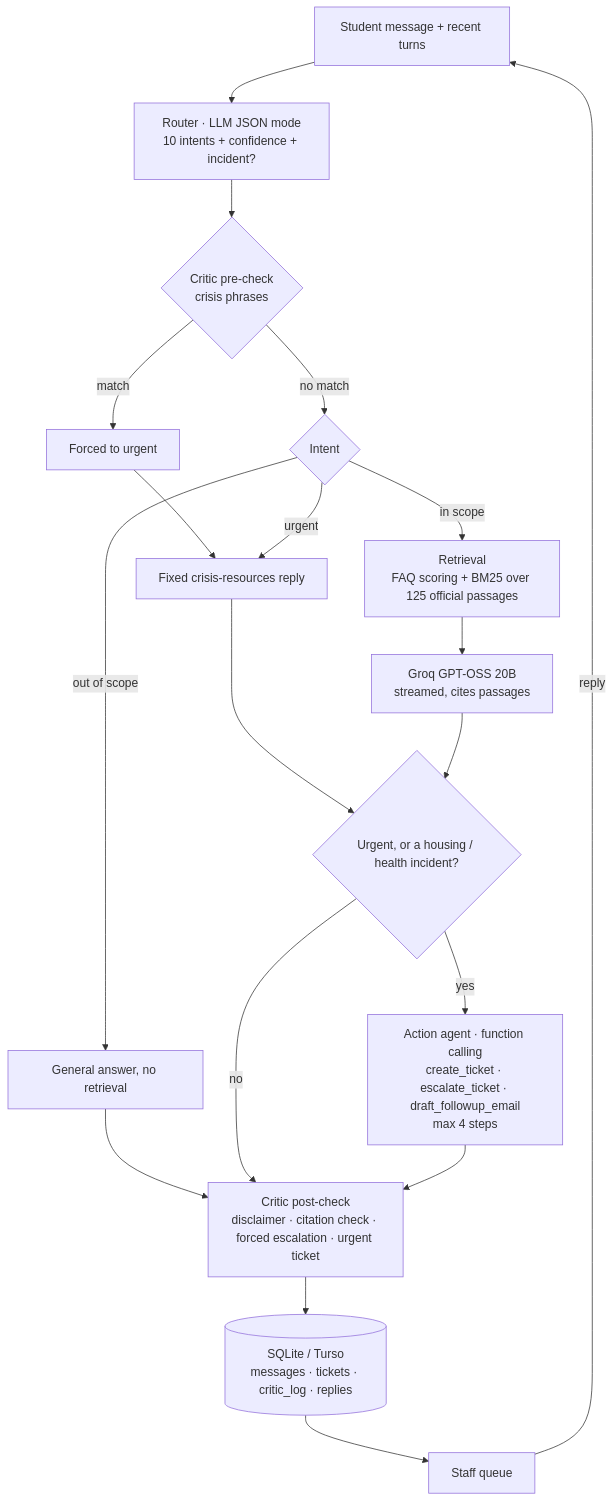
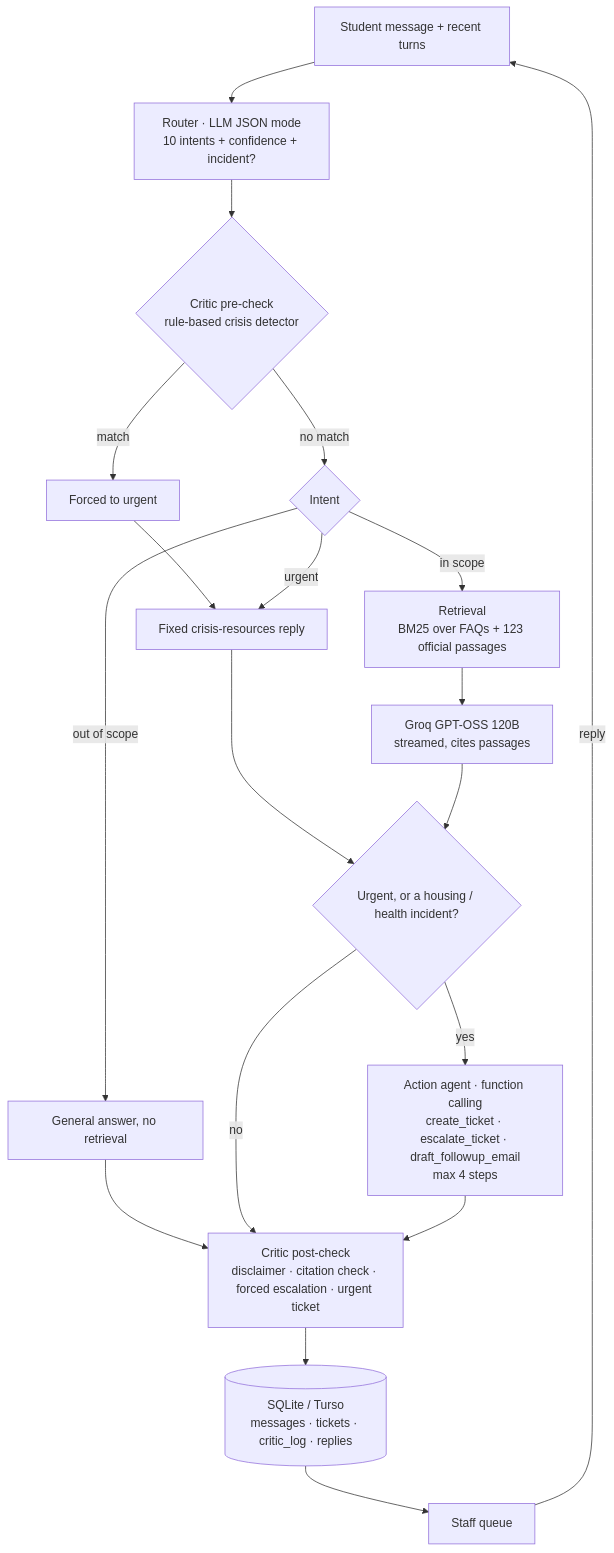
Before and after one commit to Jivesh2816/OCC-CHATBOT: the diagram in README.md, drawn with Mermaid. The commit also changed other lines of this file and 1 other file, not shown here.

Commit message:
docs: describe crisis detector, tool guards, validation, and known limits

````diff
--- a/README.md
+++ b/README.md
@@ -31,19 +32,19 @@
 ```mermaid
 flowchart TD
     U[Student message + recent turns] --> R[Router · LLM JSON mode<br/>10 intents + confidence + incident?]
-    R --> P{Critic pre-check<br/>crisis phrases}
+    R --> P{Critic pre-check<br/>rule-based crisis detector}
     P -->|match| X[Forced to urgent]
     P -->|no match| I{Intent}
     X --> E[Fixed crisis-resources reply]
     I -->|urgent| E
     I -->|out of scope| G1[General answer, no retrieval]
-    I -->|in scope| RT[Retrieval<br/>FAQ scoring + BM25 over 125 official passages]
-    RT --> G2[Groq GPT-OSS 20B<br/>streamed, cites passages]
+    I -->|in scope| RT[Retrieval<br/>BM25 over FAQs + 123 official passages]
+    RT --> G2[Groq GPT-OSS 120B<br/>streamed, cites passages]
     E & G2 --> A{Urgent, or a housing / health incident?}
     G1 --> C
     A -->|yes| AG[Action agent · function calling<br/>create_ticket · escalate_ticket · draft_followup_email<br/>max 4 steps]
     A -->|no| C
     AG --> C[Critic post-check<br/>disclaimer · citation check · forced escalation · urgent ticket]
     C --> DB[(SQLite / Turso<br/>messages · tickets · critic_log · replies)]
     DB --> S[Staff queue] -->|reply| U
 ```
````
